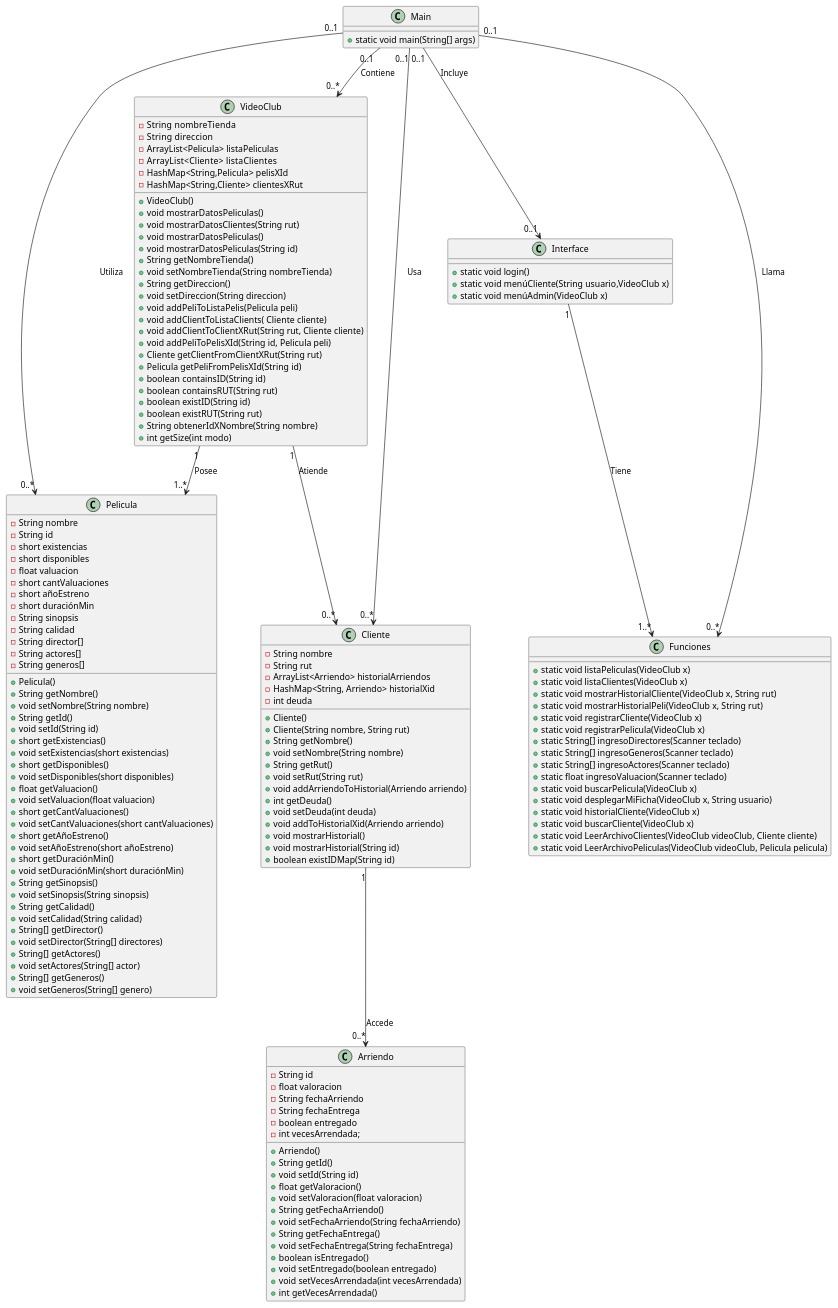
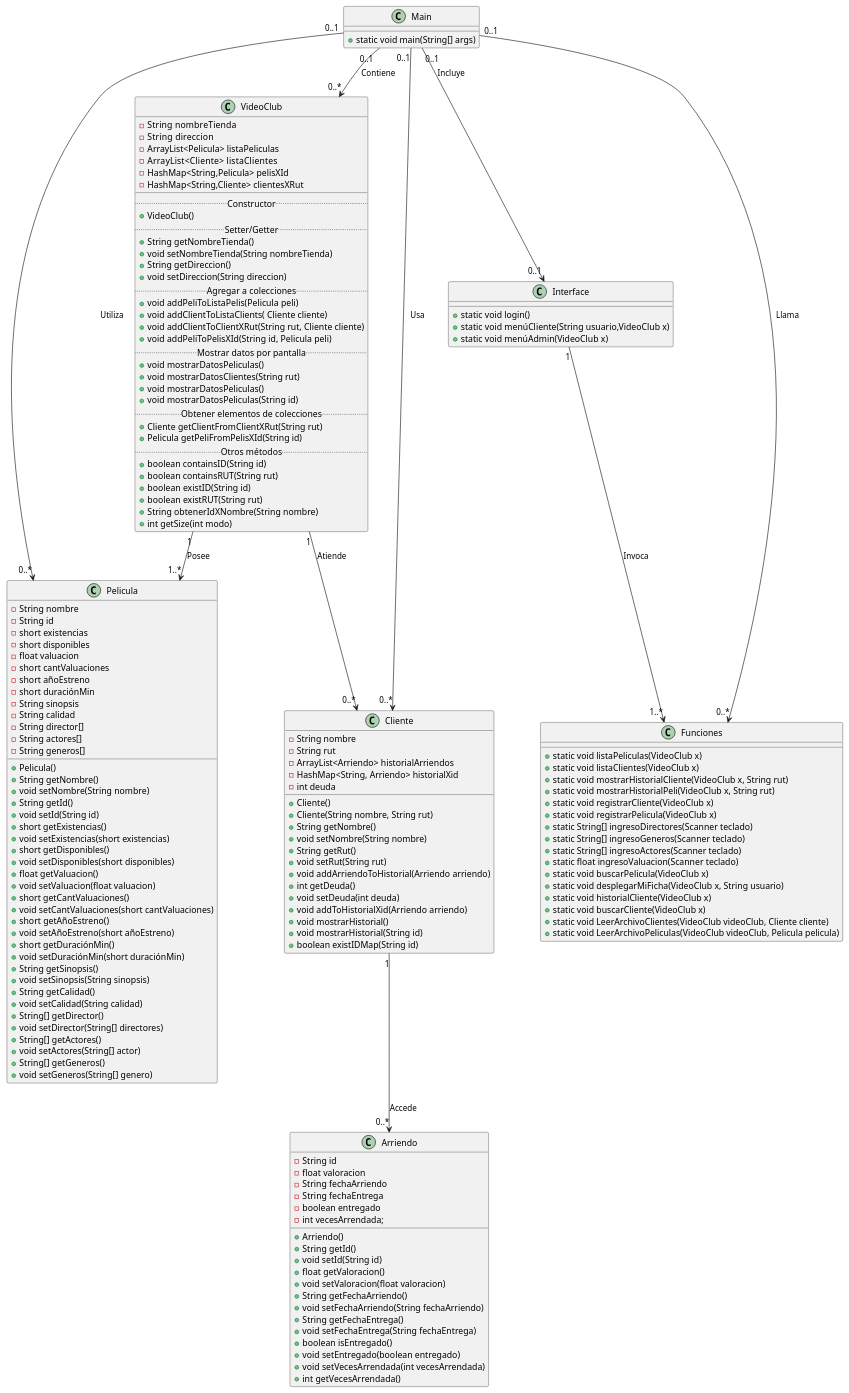
The diagram in Videoclub/src/main/java/Test UML.puml (luis922/Proyecto-POO-2S-2021), drawn with PlantUML before and after one commit.

Commit message:
actualización uml

```diff
--- a/Videoclub/src/main/java/Test UML.puml
+++ b/Videoclub/src/main/java/Test UML.puml
@@ -1,162 +1,168 @@
 @startuml
 skinparam sequenceMessageAlign center
 Main "0..1" --> "0..*" VideoClub : Contiene
 Main "0..1" --> "0..*" Pelicula: Utiliza
 Main "0..1" --> "0..*" Cliente: Usa
 Main "0..1" --> "0..1" Interface: Incluye
 Main "0..1" --> "0..*" Funciones: Llama
 
 VideoClub "1" --> "0..*"  Cliente: Atiende
 VideoClub "1" --> "1..*"  Pelicula:  Posee
 Cliente "1" --> "0..*" Arriendo: Accede
-Interface "1" --> "1..*" Funciones: Tiene
+Interface "1" --> "1..*" Funciones: Invoca
 
 class VideoClub{
     -String  nombreTienda
     -String  direccion
     -ArrayList<Pelicula> listaPeliculas
     -ArrayList<Cliente>   listaClientes
     -HashMap<String,Pelicula> pelisXId
     -HashMap<String,Cliente> clientesXRut
-
+    __
+    .. Constructor ..
     +VideoClub()
+    .. Setter/Getter..
+    +String getNombreTienda()
+    +void setNombreTienda(String nombreTienda)
+    +String getDireccion()
+    +void setDireccion(String direccion)
+    .. Agregar a colecciones ..
+    +void addPeliToListaPelis(Pelicula peli)
+    +void addClientToListaClients( Cliente cliente)
+    +void addClientToClientXRut(String rut, Cliente cliente)
+    +void addPeliToPelisXId(String id, Pelicula peli)
+    .. Mostrar datos por pantalla..
     +void mostrarDatosPeliculas()
     +void mostrarDatosClientes(String rut)
     +void mostrarDatosPeliculas()
     +void mostrarDatosPeliculas(String id)
-    +String getNombreTienda()
-    +void setNombreTienda(String nombreTienda)
-    +String getDireccion()
-    +void setDireccion(String direccion)
-    +void addPeliToListaPelis(Pelicula peli)
-    +void addClientToListaClients( Cliente cliente)
-    +void addClientToClientXRut(String rut, Cliente cliente)
-    +void addPeliToPelisXId(String id, Pelicula peli)
+    .. Obtener elementos de colecciones..
     +Cliente getClientFromClientXRut(String rut)
     +Pelicula getPeliFromPelisXId(String id)
+    .. Otros métodos ..
     +boolean containsID(String id)
     +boolean containsRUT(String rut)
     +boolean existID(String id)
     +boolean existRUT(String rut)
     +String obtenerIdXNombre(String nombre)
     +int getSize(int modo)
 }
 
 class Cliente{
     -String nombre
     -String rut
     -ArrayList<Arriendo> historialArriendos
     -HashMap<String, Arriendo> historialXid
     -int deuda
 
     +Cliente()
     +Cliente(String nombre, String rut)
     +String getNombre()
     +void setNombre(String nombre)
     +String getRut()
     +void setRut(String rut)
     +void addArriendoToHistorial(Arriendo arriendo)
     +int getDeuda()
     +void setDeuda(int deuda)
     +void addToHistorialXid(Arriendo arriendo)
     +void mostrarHistorial()
     +void mostrarHistorial(String id)
     +boolean existIDMap(String id)
 }
 
 class Pelicula{
     -String nombre
     -String id
     -short existencias
     -short disponibles
     -float valuacion
     -short cantValuaciones
     -short añoEstreno
     -short duraciónMin
     -String sinopsis
     -String calidad
     -String director[]
     -String actores[]
     -String generos[]
 
     +Pelicula()
     +String getNombre()
     +void setNombre(String nombre)
     +String getId()
     +void setId(String id)
     +short getExistencias()
     +void setExistencias(short existencias)
     +short getDisponibles()
     +void setDisponibles(short disponibles)
     +float getValuacion()
     +void setValuacion(float valuacion)
     +short getCantValuaciones()
     +void setCantValuaciones(short cantValuaciones)
     +short getAñoEstreno()
     +void setAñoEstreno(short añoEstreno)
     +short getDuraciónMin()
     +void setDuraciónMin(short duraciónMin)
     +String getSinopsis()
     +void setSinopsis(String sinopsis)
     +String getCalidad()
     +void setCalidad(String calidad)
     +String[] getDirector()
     +void setDirector(String[] directores)
     +String[] getActores()
     +void setActores(String[] actor)
     +String[] getGeneros()
     +void setGeneros(String[] genero)
 }
 
 class Arriendo{
     -String id
     -float valoracion
     -String fechaArriendo
     -String fechaEntrega
     -boolean entregado
     - int vecesArrendada;
 
     +Arriendo()
     +String getId()
     +void setId(String id)
     +float getValoracion()
     +void setValoracion(float valoracion)
     +String getFechaArriendo()
     +void setFechaArriendo(String fechaArriendo)
     +String getFechaEntrega()
     +void setFechaEntrega(String fechaEntrega)
     +boolean isEntregado()
     +void setEntregado(boolean entregado)
     +void setVecesArrendada(int vecesArrendada)
     +int getVecesArrendada()
 }
 
 class Main{
     +static void main(String[] args)
 }
 
 class Interface{
     +static void login()
     +static void menúCliente(String usuario,VideoClub x)
     +static void menúAdmin(VideoClub x)
 }
 
 class Funciones{
     + static void listaPeliculas(VideoClub x)
     + static void listaClientes(VideoClub x)
     + static void mostrarHistorialCliente(VideoClub x, String rut)
     + static void mostrarHistorialPeli(VideoClub x, String rut)
     + static void registrarCliente(VideoClub x)
     + static void registrarPelicula(VideoClub x)
     + static String[] ingresoDirectores(Scanner teclado)
     + static String[] ingresoGeneros(Scanner teclado)
     + static String[] ingresoActores(Scanner teclado)
     + static float ingresoValuacion(Scanner teclado)
     + static void buscarPelicula(VideoClub x)
     + static void desplegarMiFicha(VideoClub x, String usuario)
     + static void historialCliente(VideoClub x)
     + static void buscarCliente(VideoClub x)
     + static void LeerArchivoClientes(VideoClub videoClub, Cliente cliente)
     + static void LeerArchivoPeliculas(VideoClub videoClub, Pelicula pelicula)
 }
 @enduml
```
